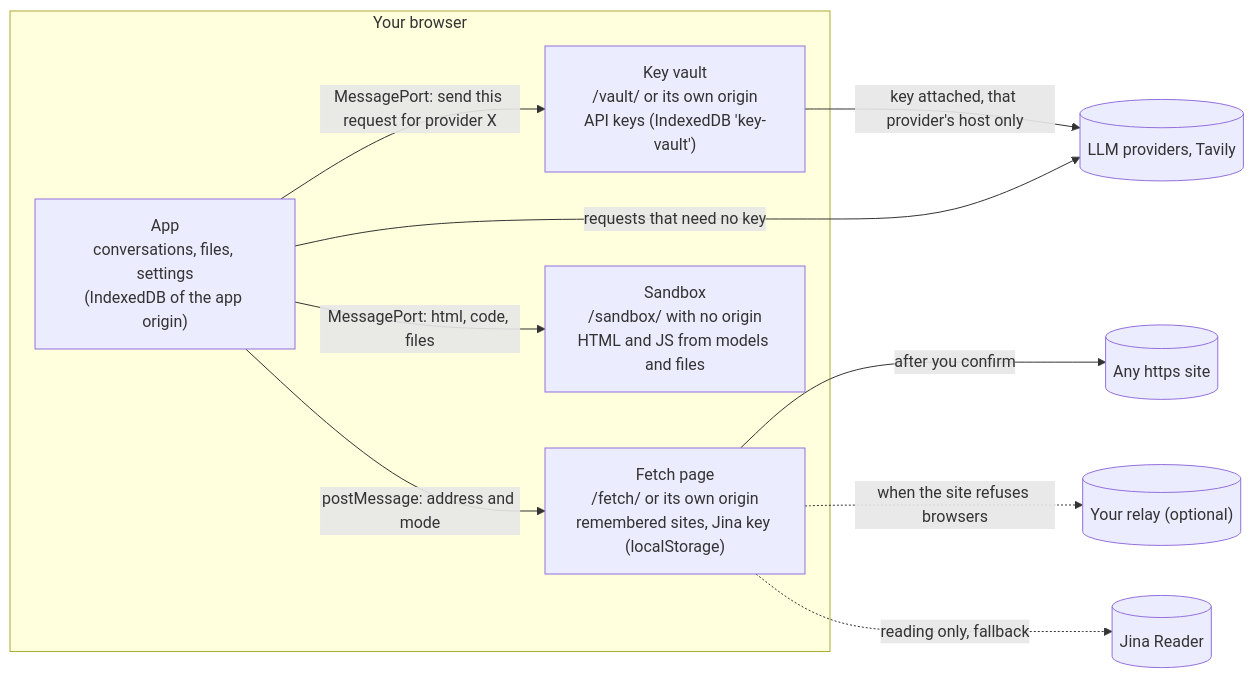
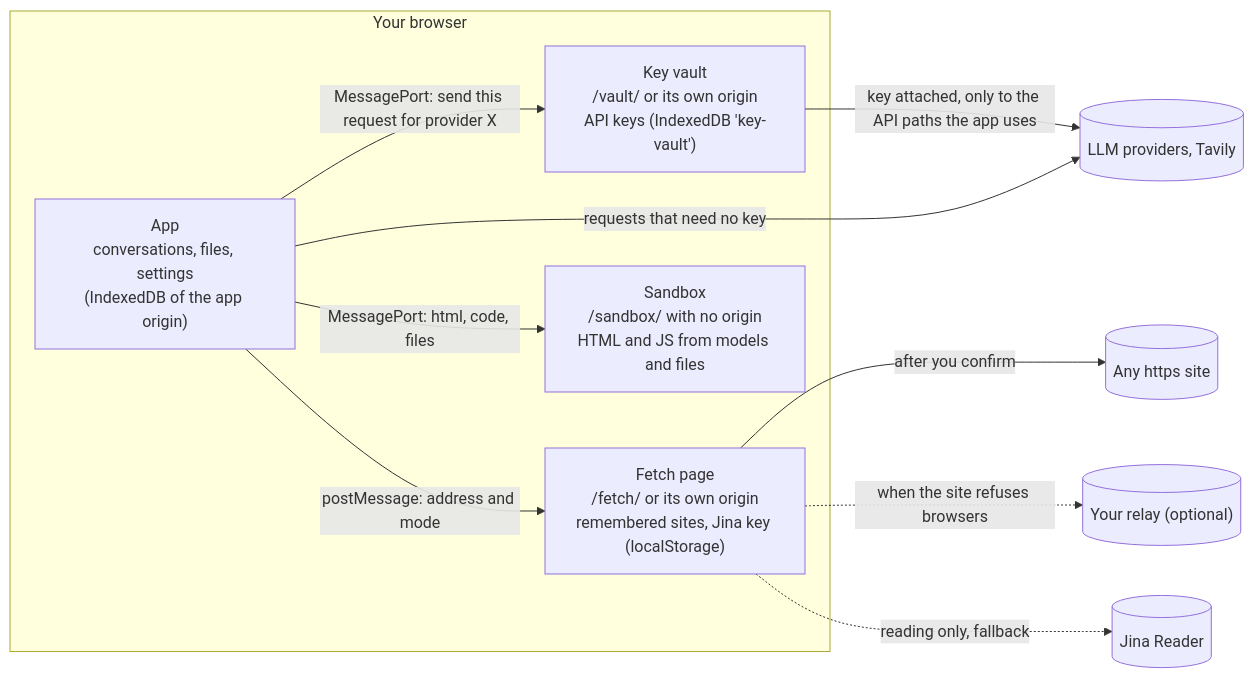
Before and after one commit to satoshi826/nobackend-llm-client: the diagram in docs/security.md, drawn with Mermaid. The commit also changed other lines of this file and 9 other files, not shown here.

````diff
--- a/docs/security.md
+++ b/docs/security.md
@@ -32,17 +32,17 @@
 ```mermaid
 flowchart LR
   subgraph B[Your browser]
     app["App<br>conversations, files, settings<br>(IndexedDB of the app origin)"]
     vault["Key vault<br>/vault/ or its own origin<br>API keys (IndexedDB 'key-vault')"]
     fetchp["Fetch page<br>/fetch/ or its own origin<br>remembered sites, Jina key (localStorage)"]
     sandbox["Sandbox<br>/sandbox/ with no origin<br>HTML and JS from models and files"]
   end
   app -- "MessagePort: send this request for provider X" --> vault
-  vault -- "key attached, that provider's host only" --> prov[("LLM providers, Tavily")]
+  vault -- "key attached, only to the API paths the app uses" --> prov[("LLM providers, Tavily")]
   app -- "requests that need no key" --> prov
   app -- "postMessage: address and mode" --> fetchp
   fetchp -- "after you confirm" --> web[("Any https site")]
   fetchp -. "when the site refuses browsers" .-> relay[("Your relay (optional)")]
   fetchp -. "reading only, fallback" .-> jina[("Jina Reader")]
   app -- "MessagePort: html, code, files" --> sandbox
 ```
````
